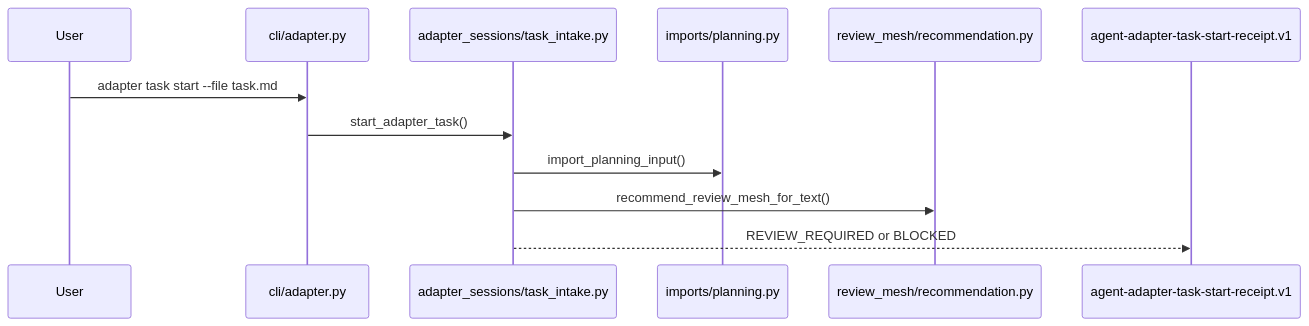
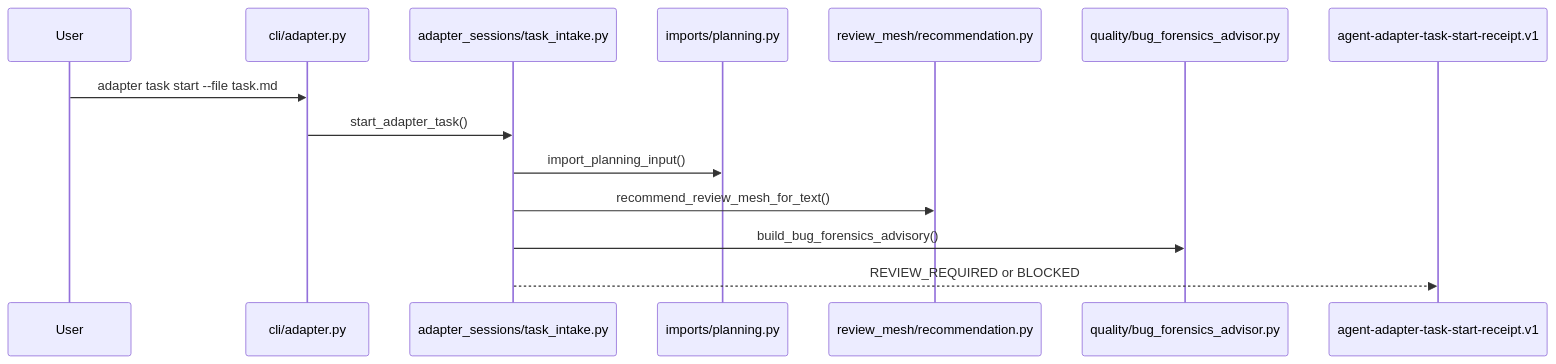
The sixth of 12 diagrams in docs/architecture/system-architecture.md (avksp/agent-lifecycle-kit), drawn with Mermaid before and after one commit. The commit also changed other lines of this file and 4 other files, not shown here.

Commit message:
docs: update architecture and comparison docs

````diff
--- a/docs/architecture/system-architecture.md
+++ b/docs/architecture/system-architecture.md
@@ -235,15 +252,17 @@
 ```mermaid
 sequenceDiagram
   participant User
   participant AdapterCLI as cli/adapter.py
   participant Intake as adapter_sessions/task_intake.py
   participant Import as imports/planning.py
   participant Advisor as review_mesh/recommendation.py
+  participant BugAdvisor as quality/bug_forensics_advisor.py
   participant Out as agent-adapter-task-start-receipt.v1
 
   User->>AdapterCLI: adapter task start --file task.md
   AdapterCLI->>Intake: start_adapter_task()
   Intake->>Import: import_planning_input()
   Intake->>Advisor: recommend_review_mesh_for_text()
+  Intake->>BugAdvisor: build_bug_forensics_advisory()
   Intake-->>Out: REVIEW_REQUIRED or BLOCKED
 ```
````
